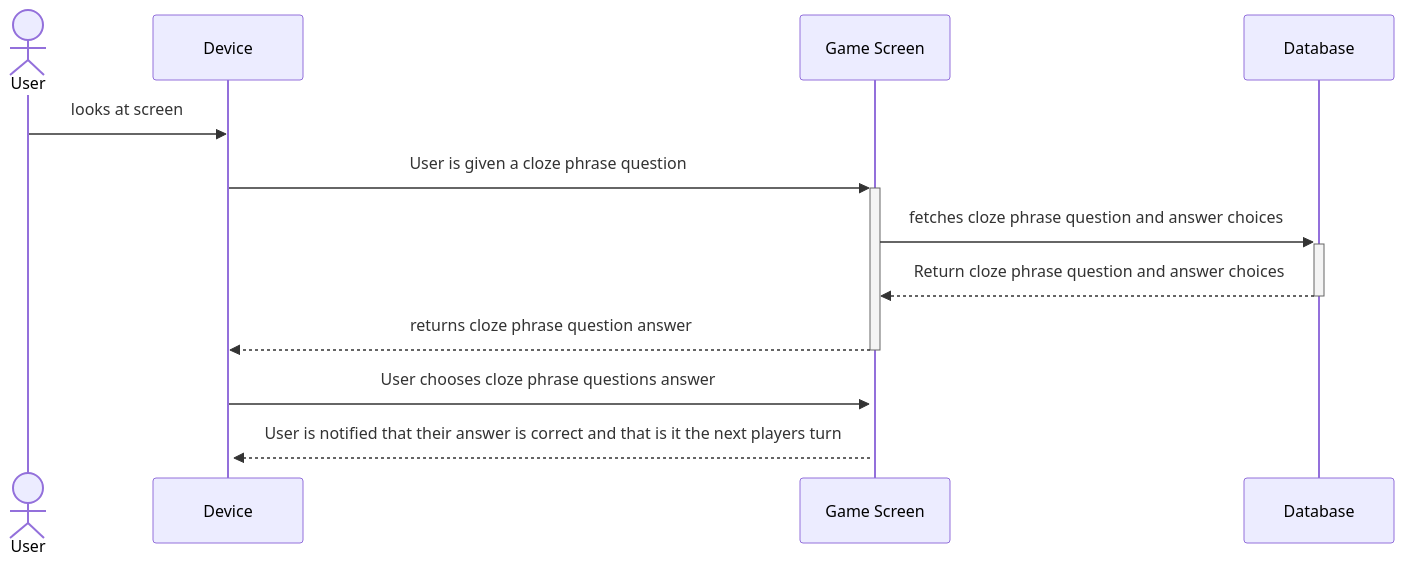
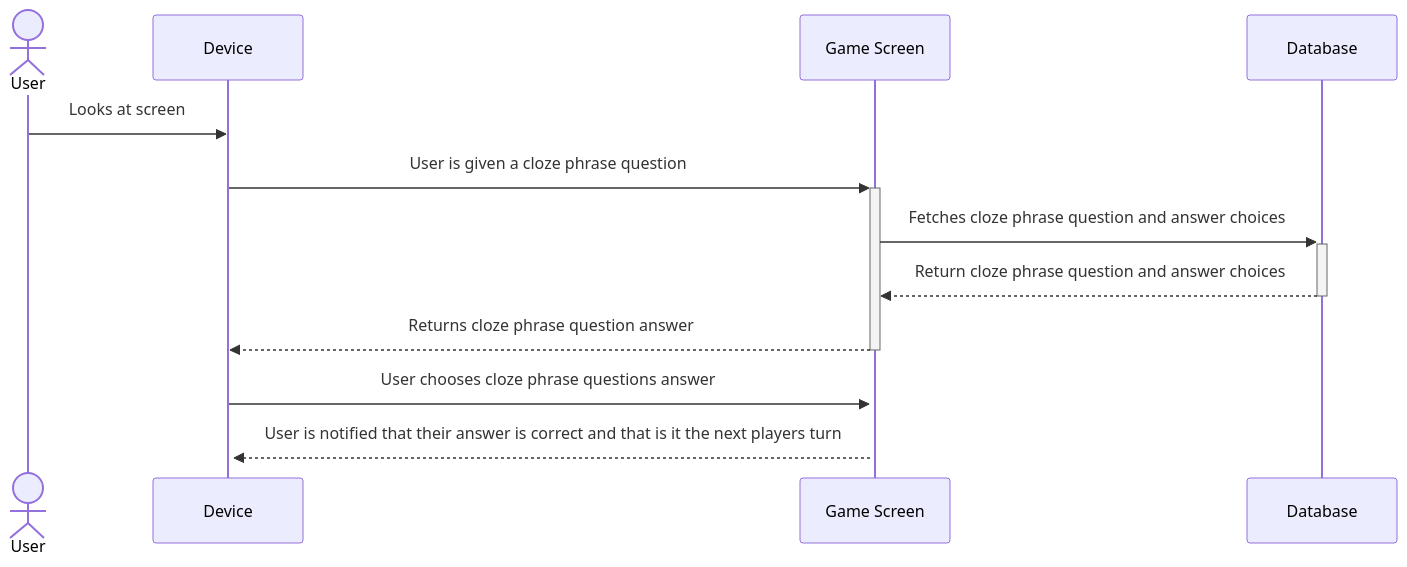
The sixth of 7 diagrams in documentation/docs/requirements/use-case-descriptions.md (henryschoemer/project-aac-game-team-b_bugfix_team6), drawn with Mermaid before and after one commit. The commit also changed other lines of this file, not shown here.

Commit message:
Added usecase 4 sequence diagram, fixed some formatting

````diff
--- a/documentation/docs/requirements/use-case-descriptions.md
+++ b/documentation/docs/requirements/use-case-descriptions.md
@@ -126,19 +143,19 @@
 ```mermaid
 sequenceDiagram 
     actor User
     participant D as Device
     participant GR as Game Screen
     participant Database
 
 
 
 
-    User ->> D: looks at screen 
+    User ->> D: Looks at screen 
     D ->>+ GR: User is given a cloze phrase question
-    GR ->>+ Database: fetches cloze phrase question and answer choices
+    GR ->>+ Database: Fetches cloze phrase question and answer choices
     Database -->>- GR: Return cloze phrase question and answer choices
-    GR -->>- D: returns cloze phrase question answer
+    GR -->>- D: Returns cloze phrase question answer
 
     D ->>+ GR: User chooses cloze phrase questions answer 
     GR -->>+ D: User is notified that their answer is correct and that is it the next players turn    
 ```
````
